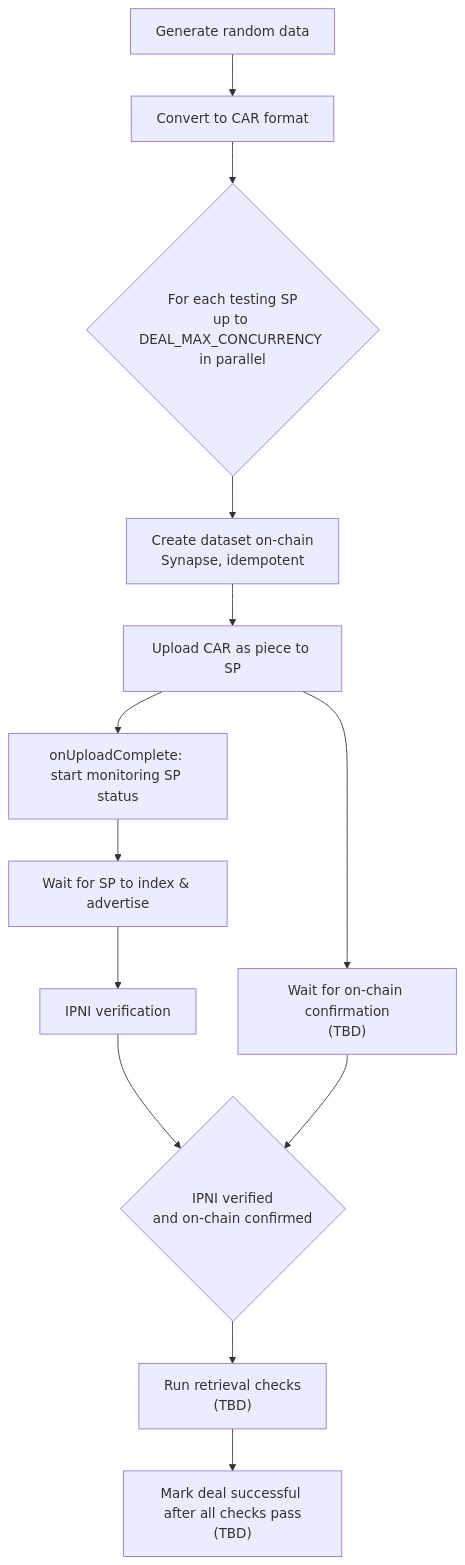
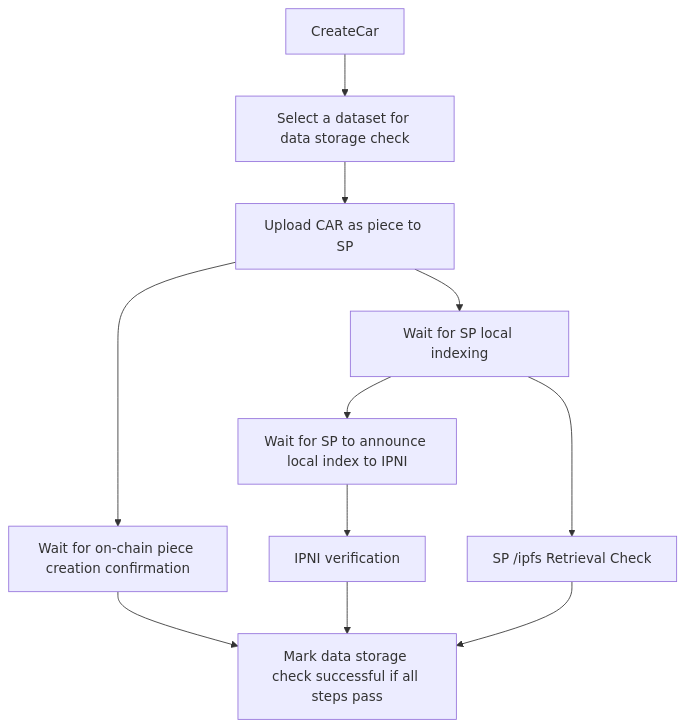
Before and after one commit to FilOzone/dealbot: the first of 2 diagrams in docs/checks/data-storage.md, drawn with Mermaid. The commit also changed other lines of this file and 4 other files, not shown here.

````diff
--- a/docs/checks/data-storage.md
+++ b/docs/checks/data-storage.md
@@ -49,15 +45,13 @@
 ```mermaid
 flowchart TD
-  A["Generate random data"] --> B["Convert to CAR format"]
-  B --> C{"For each testing SP<br/>up to DEAL_MAX_CONCURRENCY in parallel"}
-  C --> D["Create dataset on-chain<br/>Synapse, idempotent"]
-  D --> E["Upload CAR as piece to SP"]
-  E --> F["onUploadComplete: start monitoring SP status"]
-  F --> G["Wait for SP to index & advertise"]
-  G --> H["IPNI verification"]
-  E --> I["Wait for on-chain confirmation<br/>(TBD)"]
-  H --> J{IPNI verified<br/>and on-chain confirmed}
-  I --> J
-  J --> K["Run retrieval checks<br/>(TBD)"]
-  K --> L["Mark deal successful after all checks pass<br/>(TBD)"]
+  CreateCar --> SelectDataSet["Select a dataset for data storage check"]
+  SelectDataSet --> Upload["Upload CAR as piece to SP"]
+  Upload --> Chain["Wait for on-chain piece creation confirmation"]
+  Upload --> LocalIndex["Wait for SP local indexing"]
+  LocalIndex --> IpniAnnouncement["Wait for SP to announce local index to IPNI"]
+  IpniAnnouncement --> IpniVerification["IPNI verification"]
+  LocalIndex --> IpfsRetrieval["SP /ipfs Retrieval Check"]
+  Chain --> CheckResults["Mark data storage check successful if all steps pass"]
+  IpniVerification --> CheckResults
+  IpfsRetrieval --> CheckResults
 ```
````
